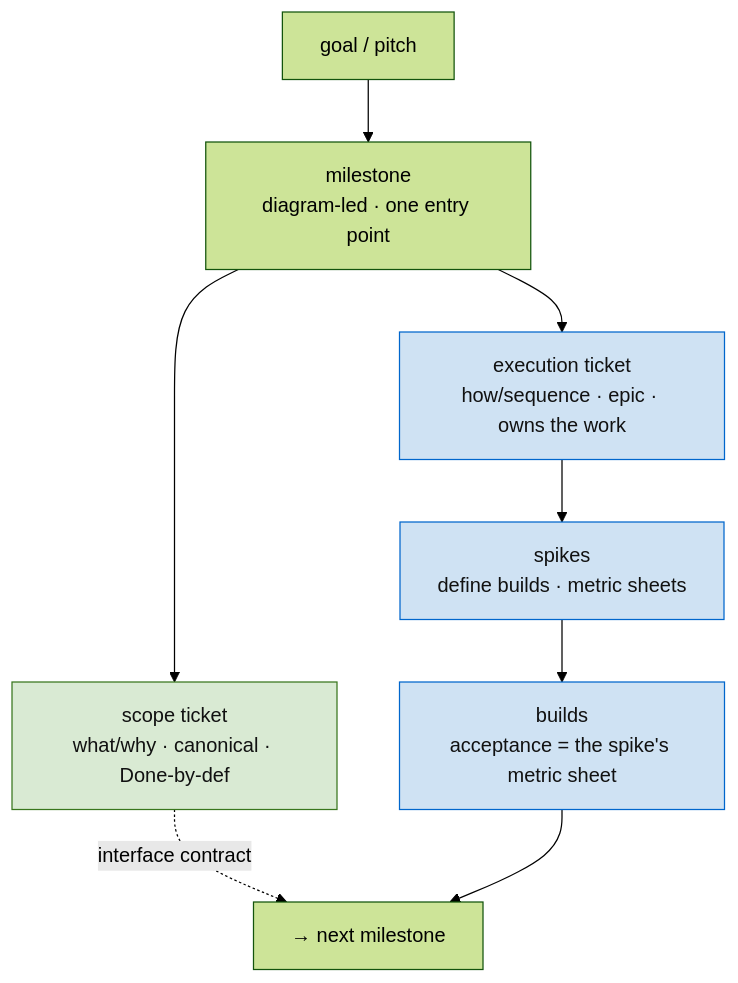
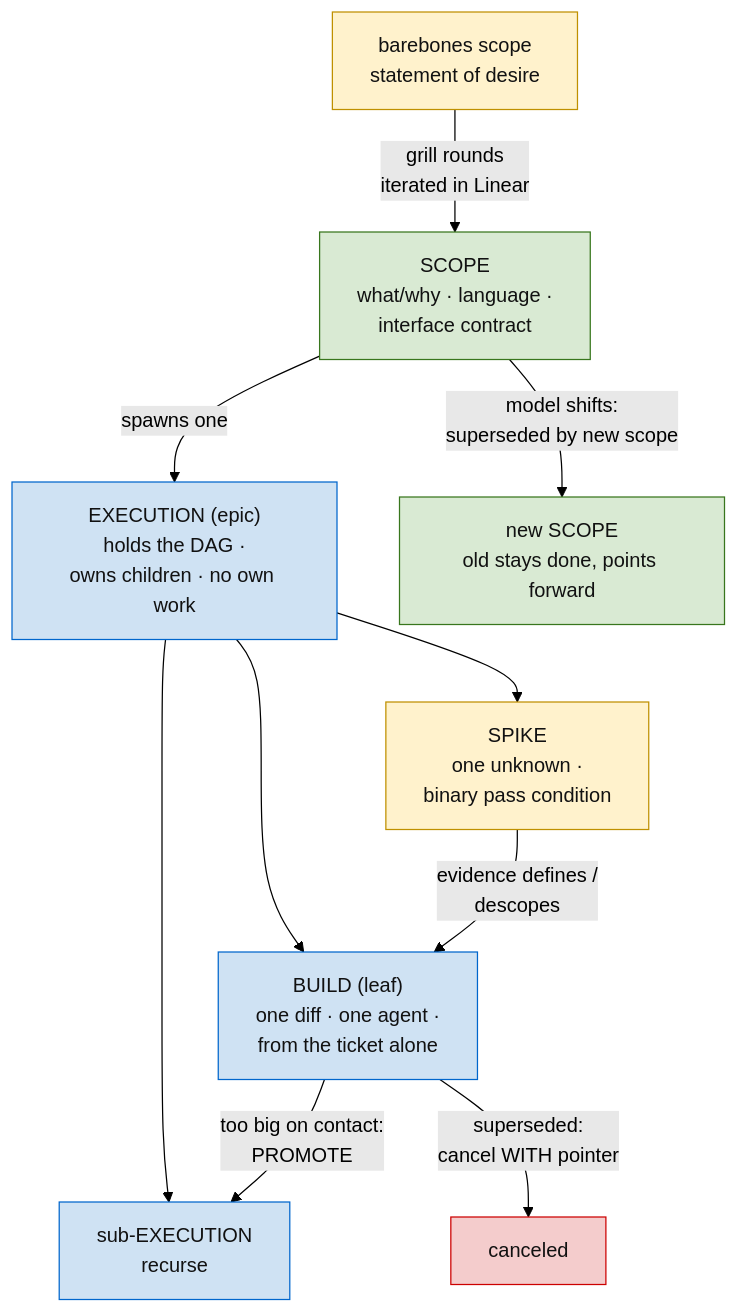
Before and after one commit to hypermemetic-ai/skills: the first of 2 diagrams in skills/methodology/SKILL.md, drawn with Mermaid (forest theme). The commit also changed other lines of this file and 53 other files, not shown here.

````diff
--- a/skills/methodology/SKILL.md
+++ b/skills/methodology/SKILL.md
@@ -23,14 +17,20 @@
 ```mermaid
 graph TD
-  G["goal / pitch"] --> M["milestone<br/>diagram-led · one entry point"]
-  M --> SC["scope ticket<br/>what/why · canonical · Done-by-def"]
-  M --> EX["execution ticket<br/>how/sequence · epic · owns the work"]
-  EX --> SP["spikes<br/>define builds · metric sheets"]
-  SP --> B["builds<br/>acceptance = the spike's metric sheet"]
-  SC -.->|"interface contract"| NXT["→ next milestone"]
-  B --> NXT
+  IDEA["barebones scope<br/>statement of desire"] -->|"grill rounds<br/>iterated in Linear"| SCOPE
+  SCOPE["SCOPE<br/>what/why · language ·<br/>interface contract"] -->|"spawns one"| EXEC
+  EXEC["EXECUTION (epic)<br/>holds the DAG ·<br/>owns children · no own work"] --> SPIKE["SPIKE<br/>one unknown ·<br/>binary pass condition"]
+  EXEC --> BUILD["BUILD (leaf)<br/>one diff · one agent ·<br/>from the ticket alone"]
+  EXEC --> SUB["sub-EXECUTION<br/>recurse"]
+  SPIKE -->|"evidence defines /<br/>descopes"| BUILD
+  BUILD -->|"too big on contact:<br/>PROMOTE"| SUB
+  BUILD -->|"superseded:<br/>cancel WITH pointer"| CXL["canceled"]
+  SCOPE -->|"model shifts:<br/>superseded by new scope"| SCOPE2["new SCOPE<br/>old stays done, points forward"]
   classDef canon fill:#d9ead3,stroke:#38761d,color:#111;
   classDef ex fill:#cfe2f3,stroke:#0066cc,color:#111;
-  class SC canon;
-  class EX,SP,B ex;
+  classDef f fill:#fff2cc,stroke:#bf9000,color:#111;
+  classDef x fill:#f4cccc,stroke:#cc0000,color:#111;
+  class SCOPE,SCOPE2 canon;
+  class EXEC,SUB,BUILD ex;
+  class IDEA,SPIKE f;
+  class CXL x;
 ```
````
